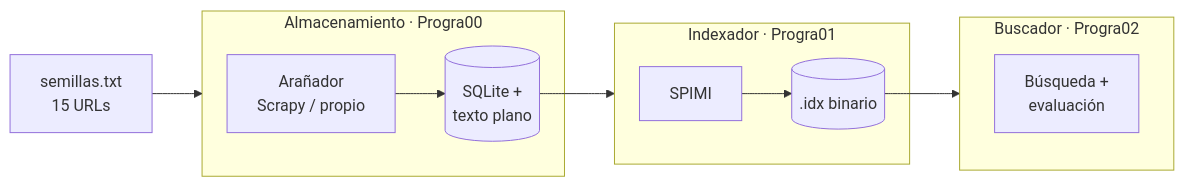
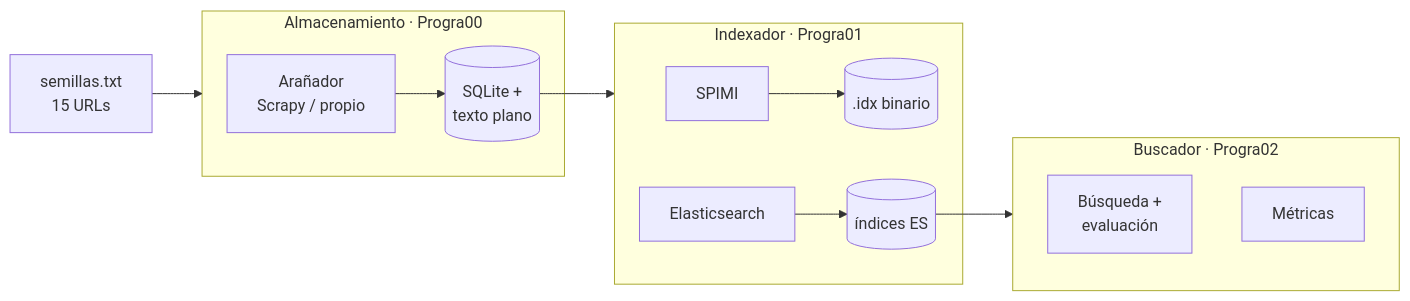
The diagram in README.md (mau671/rit), drawn with Mermaid before and after one commit. The commit also changed other lines of this file, not shown here.

````diff
--- a/README.md
+++ b/README.md
@@ -24,15 +24,17 @@
 ```mermaid
 flowchart LR
     Semillas["semillas.txt<br/>15 URLs"] --> Almacenamiento
     subgraph Almacenamiento["Almacenamiento · Progra00"]
         Arana["Arañador<br/>Scrapy / propio"] --> BD[("SQLite +<br/>texto plano")]
     end
     BD --> Indexador
     subgraph Indexador["Indexador · Progra01"]
         SPIMI["SPIMI"] --> IDX[(".idx binario")]
+        ES["Elasticsearch"] --> ESL[("índices ES")]
     end
-    IDX --> Buscador
+    ESL --> Buscador
     subgraph Buscador["Buscador · Progra02"]
         Web["Búsqueda +<br/>evaluación"]
+        Met["Métricas"]
     end
 ```
````
